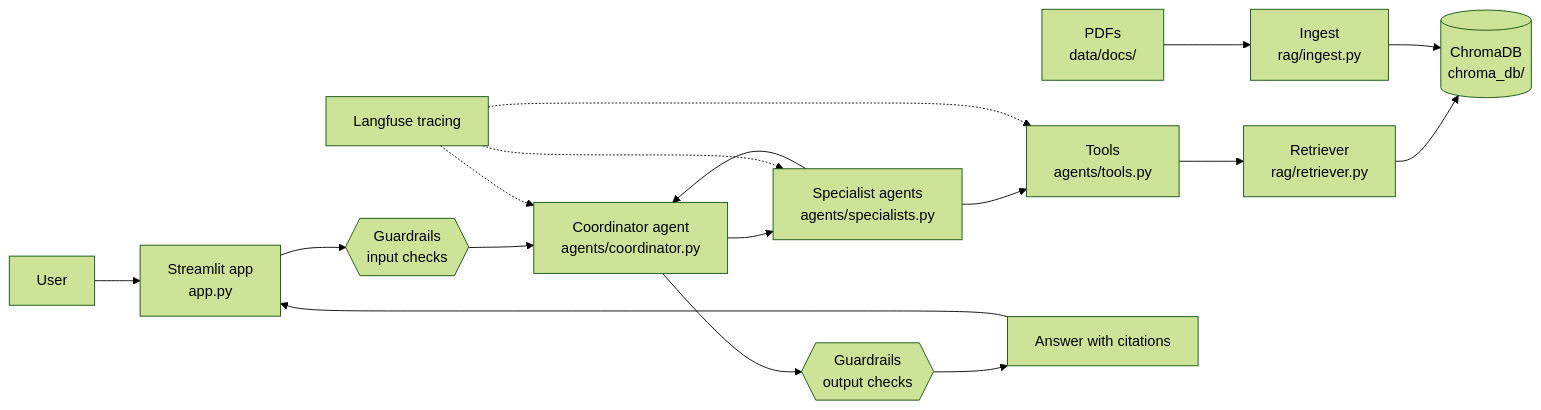
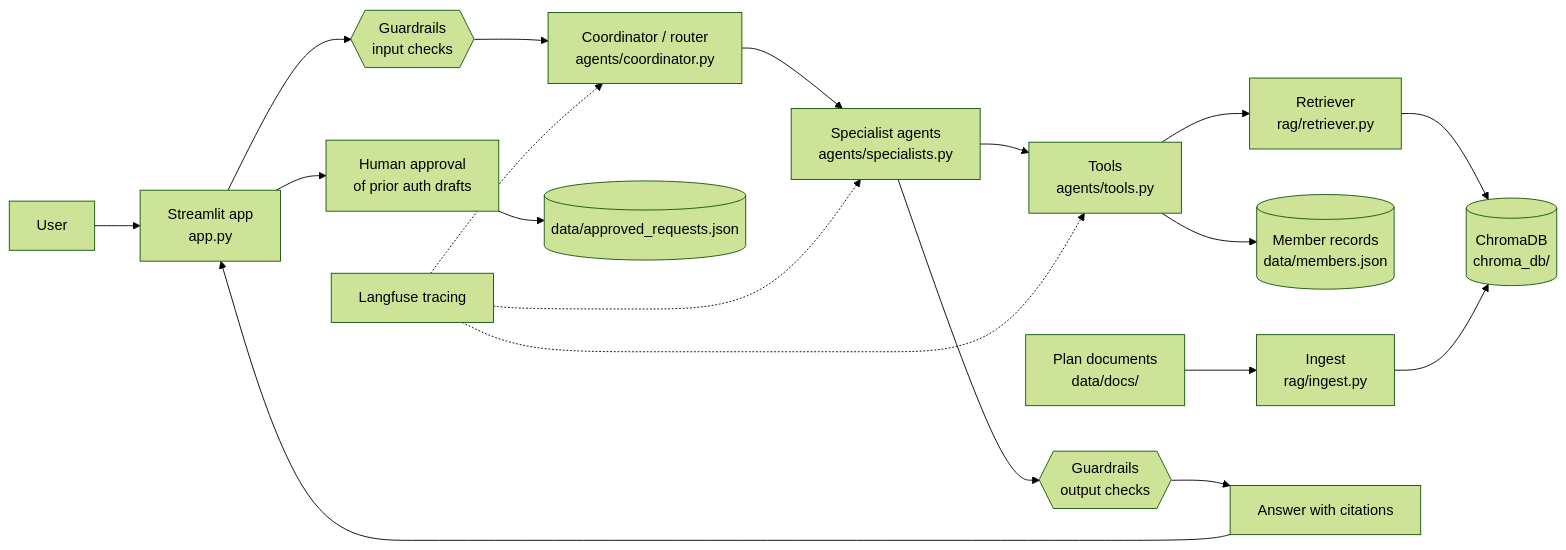
One commit to ddunmeyer/patient-care-guide changed the diagram in README.md. Above: the diagram before and after it, drawn with Mermaid (forest theme). The commit also changed other lines of this file and 1 other file, not shown here.

````diff
--- a/README.md
+++ b/README.md
@@ -13,19 +17,21 @@
 ```mermaid
 flowchart LR
     U[User] --> S[Streamlit app<br/>app.py]
     S --> G1{{Guardrails<br/>input checks}}
-    G1 --> C[Coordinator agent<br/>agents/coordinator.py]
+    G1 --> C[Coordinator / router<br/>agents/coordinator.py]
     C --> SP[Specialist agents<br/>agents/specialists.py]
     SP --> T[Tools<br/>agents/tools.py]
     T --> R[Retriever<br/>rag/retriever.py]
+    T --> M[(Member records<br/>data/members.json)]
     R --> DB[(ChromaDB<br/>chroma_db/)]
     I[Ingest<br/>rag/ingest.py] --> DB
-    P[PDFs<br/>data/docs/] --> I
-    SP --> C
-    C --> G2{{Guardrails<br/>output checks}}
+    P[Plan documents<br/>data/docs/] --> I
+    SP --> G2{{Guardrails<br/>output checks}}
     G2 --> A[Answer with citations]
     A --> S
+    S --> H[Human approval<br/>of prior auth drafts]
+    H --> AR[(data/approved_requests.json)]
     LF[Langfuse tracing] -.-> C
     LF -.-> SP
     LF -.-> T
 ```
````
